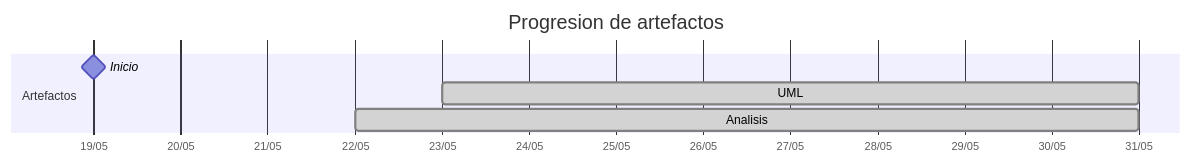
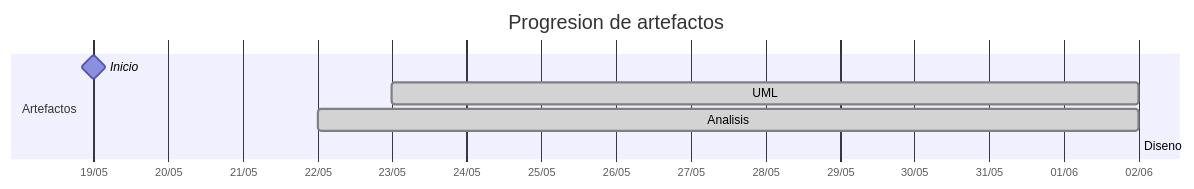
Before and after one commit to carlos-alvarado-25/25-26-idsw2-sdVC: the diagram in TIMELINES/carlos-alvarado-25.md, drawn with Mermaid. The commit also changed other lines of this file and 11 other files, not shown here.

````diff
--- a/TIMELINES/carlos-alvarado-25.md
+++ b/TIMELINES/carlos-alvarado-25.md
@@ -23,10 +23,11 @@
 ```mermaid
 gantt
     title Progresion de artefactos
     dateFormat YYYY-MM-DD
     axisFormat %d/%m
     section Artefactos
         Inicio       :milestone, 2026-05-19, 0d
-        UML          :done, 2026-05-23, 2026-05-31
-        Analisis     :done, 2026-05-22, 2026-05-31
+        UML          :done, 2026-05-23, 2026-06-02
+        Analisis     :done, 2026-05-22, 2026-06-02
+        Diseno       :done, 2026-06-02, 2026-06-02
 ```
````
